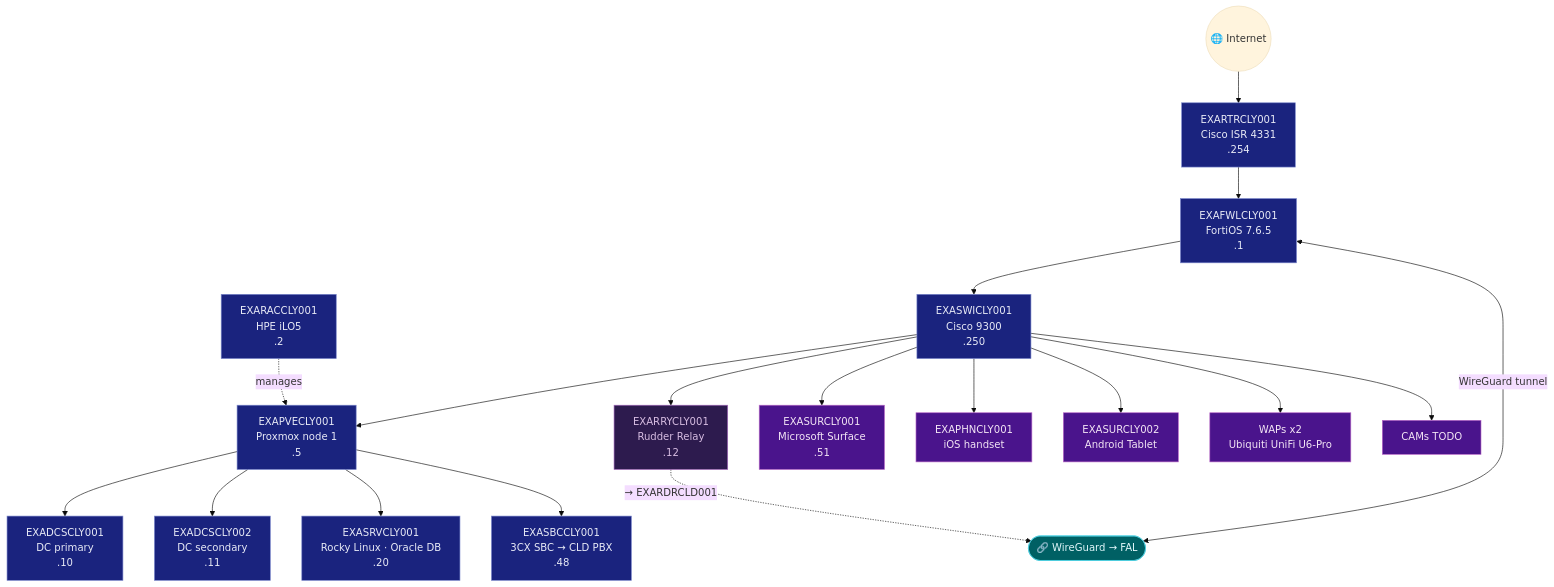
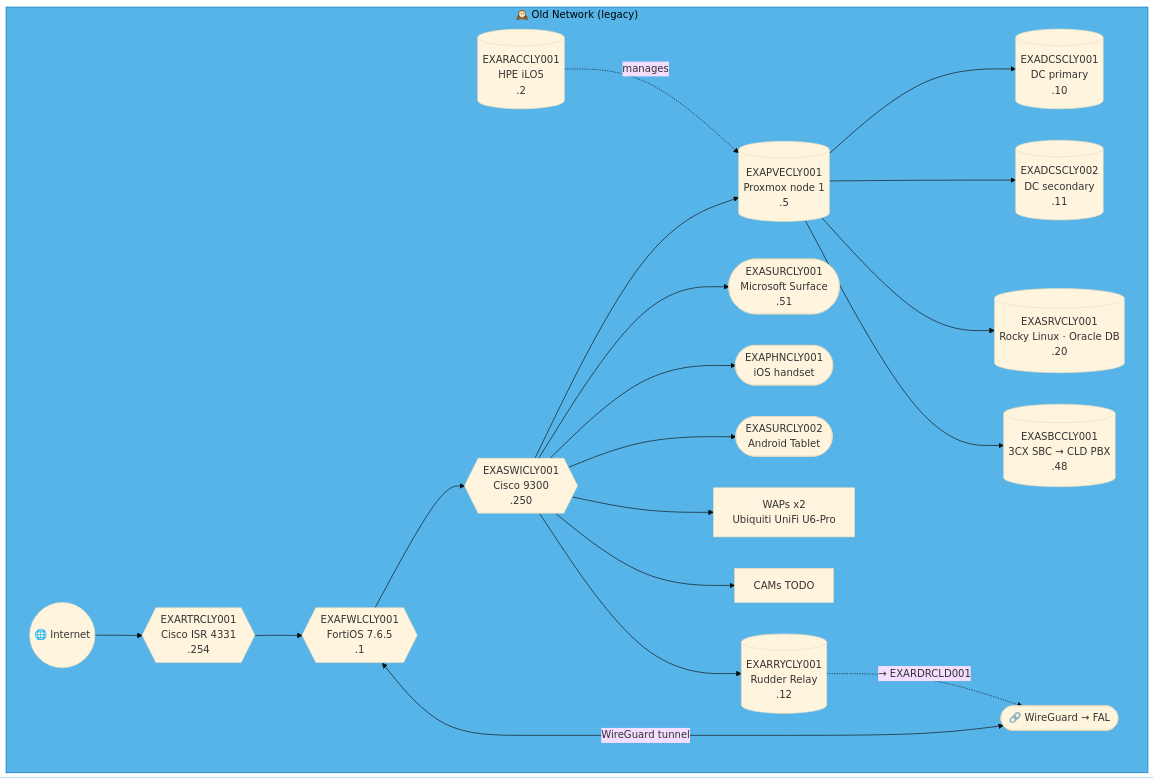
Before and after one commit to knightmare2600/example_music_infra: the fifth of 47 diagrams in docs/network-diagram.md, drawn with Mermaid (base theme). The commit also changed other lines of this file and 2 other files, not shown here.

````diff
--- a/docs/network-diagram.md
+++ b/docs/network-diagram.md
@@ -346,39 +351,32 @@
 ```mermaid
 graph TD
-    INET(("🌐 Internet"))
-    FWL["EXAFWLCLY001<br/>FortiOS 7.6.5<br/>.1"]
-    RTR["EXARTRCLY001<br/>Cisco ISR 4331<br/>.254"]
-    SW["EXASWICLY001<br/>Cisco 9300<br/>.250"]
-    RAC["EXARACCLY001<br/>HPE iLO5<br/>.2"]
-    PVE["EXAPVECLY001<br/>Proxmox node 1<br/>.5"]
-    DC1["EXADCSCLY001<br/>DC primary<br/>.10"]
-    DC2["EXADCSCLY002<br/>DC secondary<br/>.11"]
-    SRV["EXASRVCLY001<br/>Rocky Linux · Oracle DB<br/>.20"]
-    SBC["EXASBCCLY001<br/>3CX SBC → CLD PBX<br/>.48"]
-    RRY["EXARRYCLY001<br/>Rudder Relay<br/>.12"]
-    SUR["EXASURCLY001<br/>Microsoft Surface<br/>.51"]
-    PHN["EXAPHNCLY001<br/>iOS handset"]
-    TAB["EXASURCLY002<br/>Android Tablet"]
-    WAP["WAPs x2<br/>Ubiquiti UniFi U6-Pro"]
-    CAM["CAMs TODO"]
-    VPN(["🔗 WireGuard → FAL"])
+    subgraph OLD_CLY ["🕰️ Old Network (legacy)"]
+      INET(("🌐 Internet"))
+      FWL{{"EXAFWLCLY001<br/>FortiOS 7.6.5<br/>.1"}}
+      RTR{{"EXARTRCLY001<br/>Cisco ISR 4331<br/>.254"}}
+      SW{{"EXASWICLY001<br/>Cisco 9300<br/>.250"}}
+      RAC[("EXARACCLY001<br/>HPE iLO5<br/>.2")]
+      PVE[("EXAPVECLY001<br/>Proxmox node 1<br/>.5")]
+      DC1[("EXADCSCLY001<br/>DC primary<br/>.10")]
+      DC2[("EXADCSCLY002<br/>DC secondary<br/>.11")]
+      SRV[("EXASRVCLY001<br/>Rocky Linux · Oracle DB<br/>.20")]
+      SBC[("EXASBCCLY001<br/>3CX SBC → CLD PBX<br/>.48")]
+      RRY[("EXARRYCLY001<br/>Rudder Relay<br/>.12")]
+      SUR(["EXASURCLY001<br/>Microsoft Surface<br/>.51"])
+      PHN(["EXAPHNCLY001<br/>iOS handset"])
+      TAB(["EXASURCLY002<br/>Android Tablet"])
+      WAP["WAPs x2<br/>Ubiquiti UniFi U6-Pro"]
+      CAM["CAMs TODO"]
+      VPN(["🔗 WireGuard → FAL"])
 
-    INET --> RTR --> FWL --> SW
-    SW --> PVE --> DC1 & DC2 & SRV & SBC
-    RAC -.->|"manages"| PVE
-    SW --> SUR & PHN & TAB & WAP & CAM
-    FWL <-->|"WireGuard tunnel"| VPN
+      INET --> RTR --> FWL --> SW
+      SW --> PVE --> DC1 & DC2 & SRV & SBC
+      RAC -.->|"manages"| PVE
+      SW --> SUR & PHN & TAB & WAP & CAM
+      FWL <-->|"WireGuard tunnel"| VPN
 
-    SW --> RRY
-    RRY -. "→ EXARDRCLD001" .-> VPN
-    classDef net fill:#1a237e,stroke:#7986cb,color:#e8eaf6
-    classDef srv fill:#1a237e,stroke:#7986cb,color:#e8eaf6
-    classDef ep fill:#4a148c,stroke:#ba68c8,color:#f3e5f5
-    classDef vpn fill:#006064,stroke:#4dd0e1,color:#e0f7fa
-    classDef rudder fill:#2d1b4e,stroke:#a569bd,color:#d7bde2
-    class FWL,RTR,SW net
-    class PVE,DC1,DC2,SRV,SBC,RAC srv
-    class RRY rudder
-    class SUR,PHN,TAB,WAP,CAM ep
-    class VPN vpn
+      SW --> RRY
+      RRY -. "→ EXARDRCLD001" .-> VPN
+    end
+    style OLD_CLY fill:#56B4E9,stroke:#0072B2,color:#000000
 ```
````
